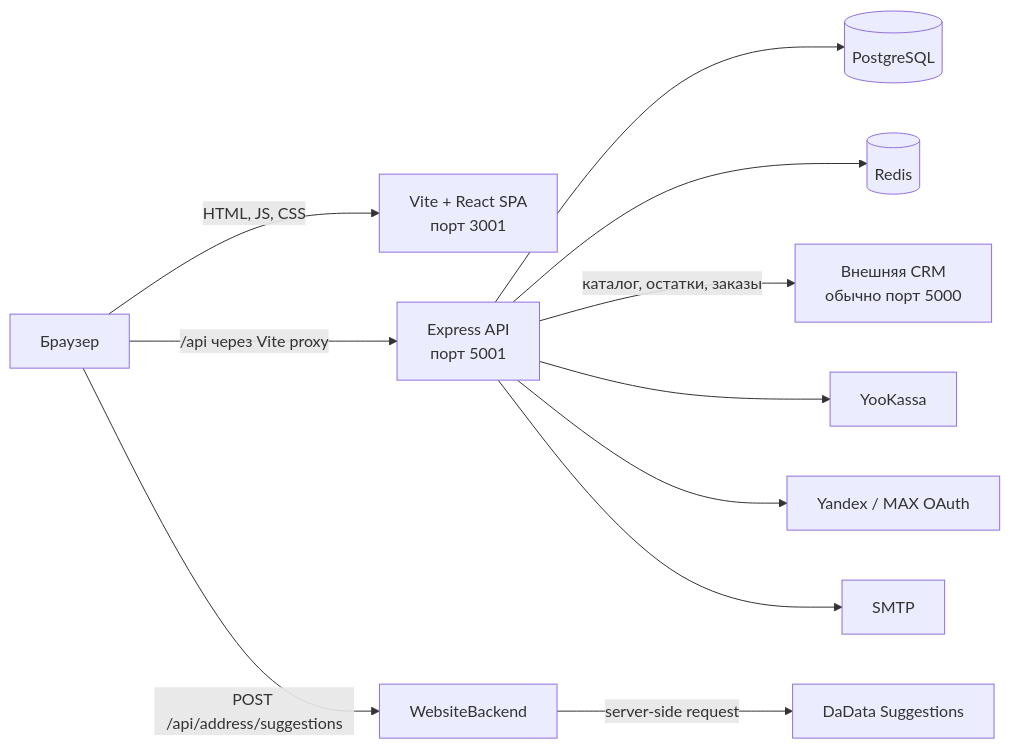
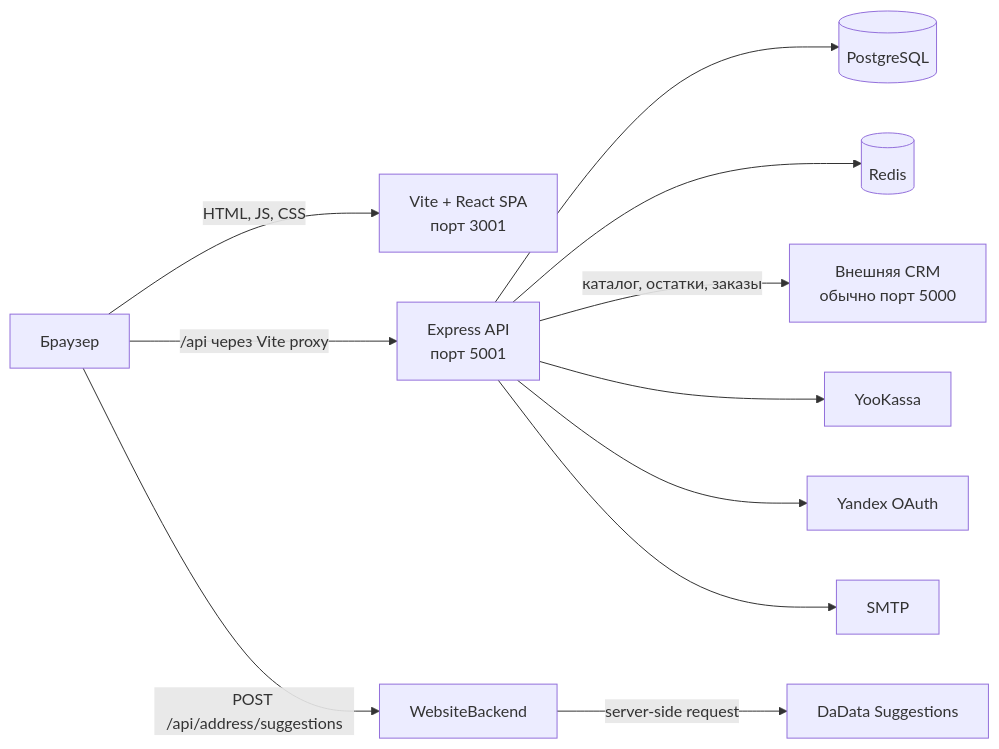
Before and after one commit to Mikhail1708/swapservice38-website: the first of 2 diagrams in ARCHITECTURE.md, drawn with Mermaid. The commit also changed other lines of this file and 12 other files, not shown here.

````diff
--- a/ARCHITECTURE.md
+++ b/ARCHITECTURE.md
@@ -16,13 +16,13 @@
 ```mermaid
 flowchart LR
     Browser[Браузер] -->|HTML, JS, CSS| Frontend[Vite + React SPA\nпорт 3001]
     Browser -->|/api через Vite proxy| API[Express API\nпорт 5001]
     API --> DB[(PostgreSQL)]
     API --> Redis[(Redis)]
     API -->|каталог, остатки, заказы| CRM[Внешняя CRM\nобычно порт 5000]
     API --> YooKassa[YooKassa]
-    API --> OAuth[Yandex / MAX OAuth]
+    API --> OAuth[Yandex OAuth]
     API --> SMTP[SMTP]
     Browser -->|POST /api/address/suggestions| WebsiteBackend
     WebsiteBackend -->|server-side request| DaData[DaData Suggestions]
 ```
````
